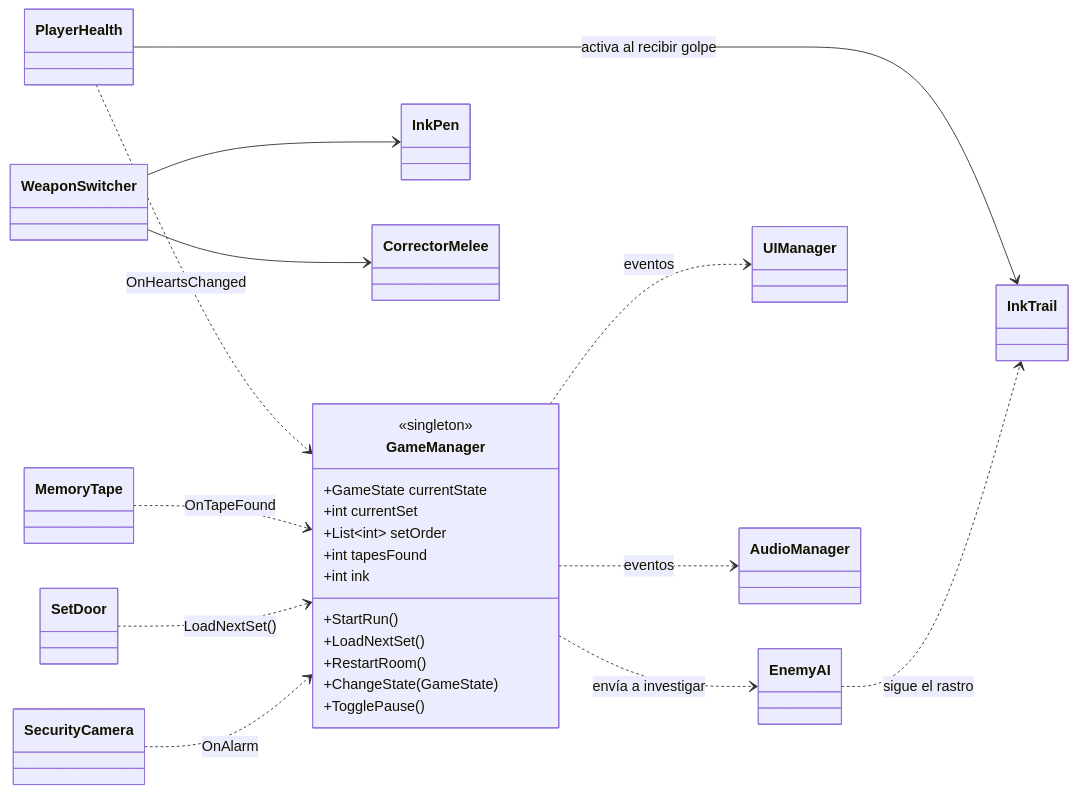
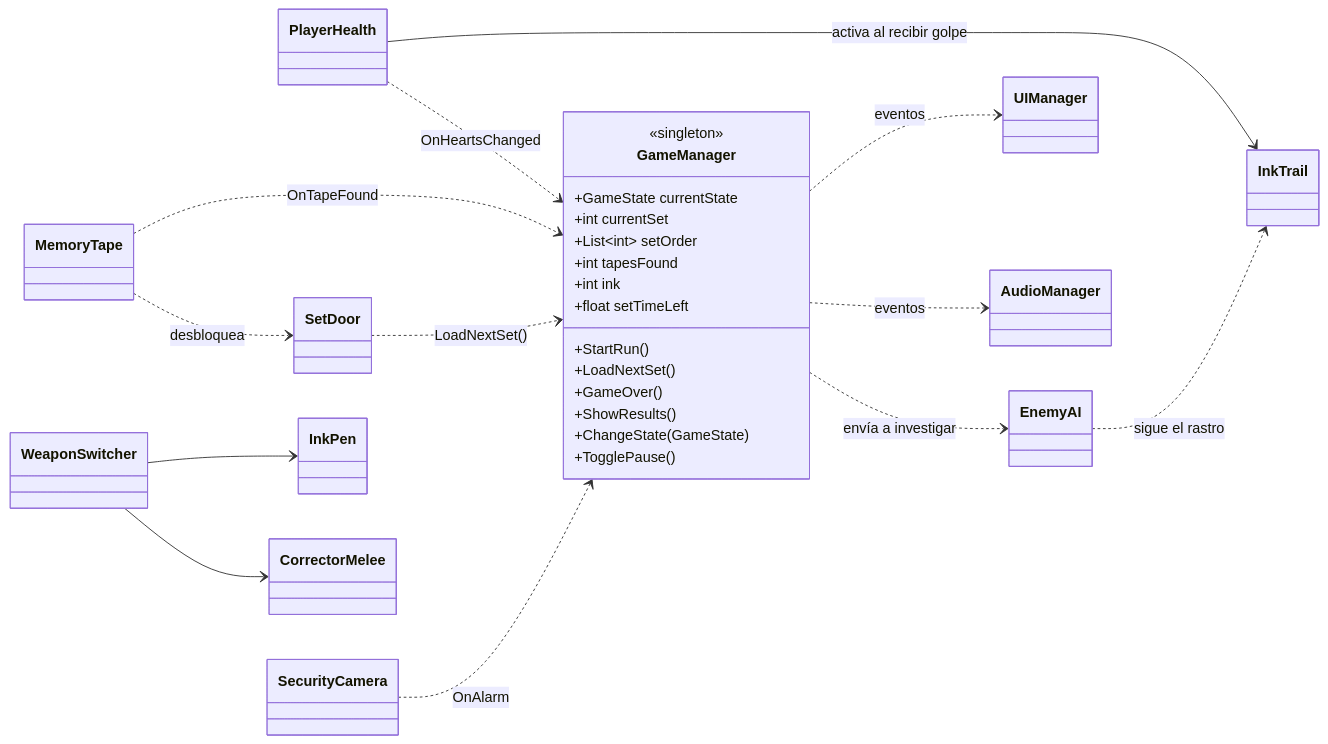
One commit to DannieLudens/last-frame-gdd changed the diagram in content/es/08-desarrollo.md. Above: the diagram before and after it, drawn with Mermaid. The commit also changed other lines of this file and 20 other files, not shown here.

````diff
--- a/content/es/08-desarrollo.md
+++ b/content/es/08-desarrollo.md
@@ -43,28 +43,31 @@
 ```mermaid
 classDiagram
   direction LR
   class GameManager {
     <<singleton>>
     +GameState currentState
     +int currentSet
     +List~int~ setOrder
     +int tapesFound
     +int ink
+    +float setTimeLeft
     +StartRun()
     +LoadNextSet()
-    +RestartRoom()
+    +GameOver()
+    +ShowResults()
     +ChangeState(GameState)
     +TogglePause()
   }
   PlayerHealth ..> GameManager : OnHeartsChanged
   MemoryTape ..> GameManager : OnTapeFound
+  MemoryTape ..> SetDoor : desbloquea
   SetDoor ..> GameManager : LoadNextSet()
   SecurityCamera ..> GameManager : OnAlarm
   GameManager ..> EnemyAI : envía a investigar
   PlayerHealth --> InkTrail : activa al recibir golpe
   EnemyAI ..> InkTrail : sigue el rastro
   WeaponSwitcher --> InkPen
   WeaponSwitcher --> CorrectorMelee
   GameManager ..> UIManager : eventos
   GameManager ..> AudioManager : eventos
 ```
````
